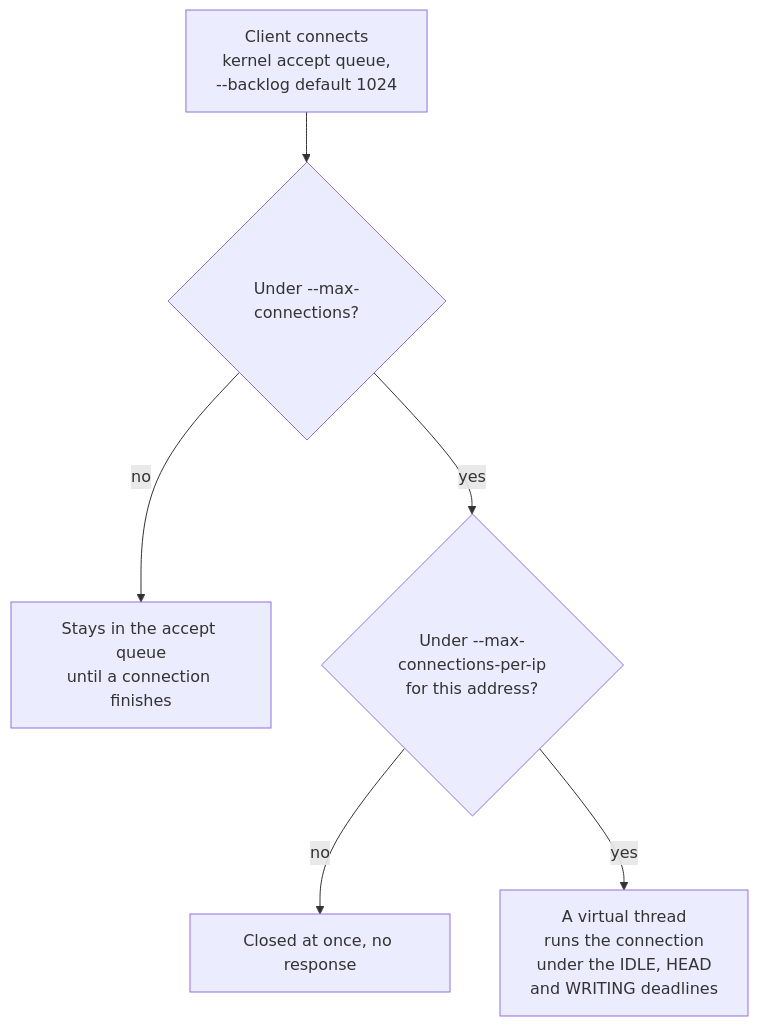
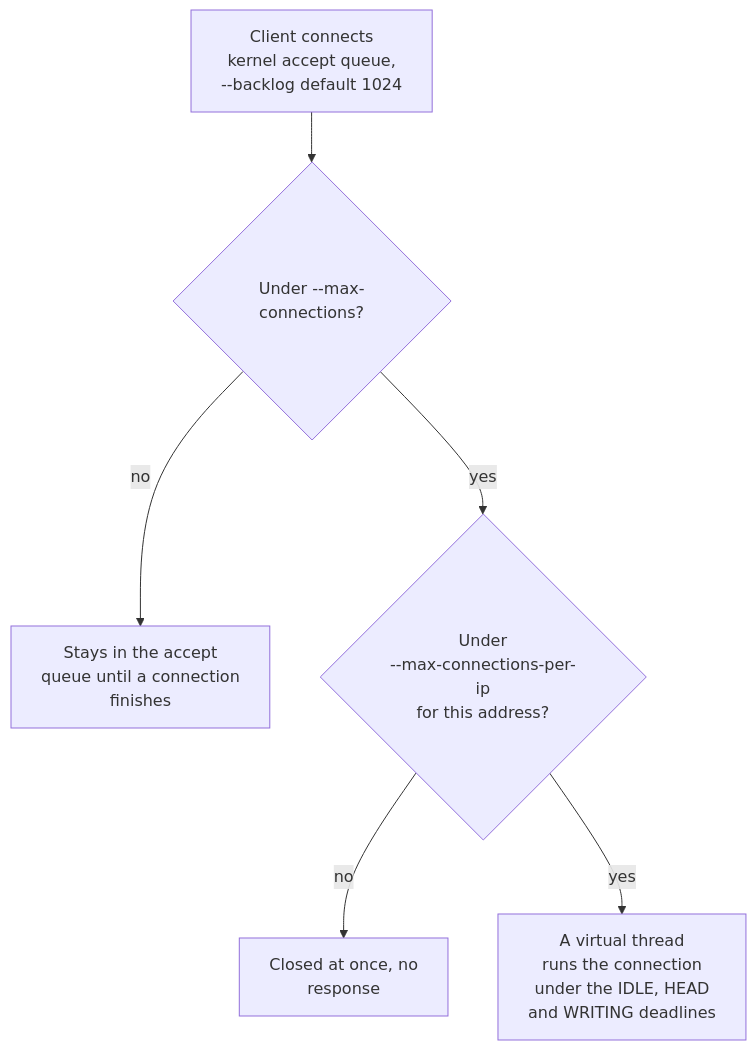
The second of 2 diagrams in docs/user/http1.md (BlivionIaG/sjws_nettask), drawn with Mermaid before and after one commit. The commit also changed other lines of this file and 19 other files, not shown here.

First line of the commit message:
docs: fix the diagrams the fact-check found imprecise

````diff
--- a/docs/user/http1.md
+++ b/docs/user/http1.md
@@ -50,8 +50,8 @@
 ```mermaid
 flowchart TD
     q["Client connects<br/>kernel accept queue,<br/>--backlog default 1024"] --> cap{"Under --max-connections?"}
-    cap -->|no| wait["Stays in the accept queue<br/>until a connection finishes"]
-    cap -->|yes| ip{"Under --max-connections-per-ip<br/>for this address?"}
-    ip -->|no| drop["Closed at once, no response"]
+    cap -->|no| wait["Stays in the accept<br/>queue until a connection<br/>finishes"]
+    cap -->|yes| ip{"Under<br/>--max-connections-per-ip<br/>for this address?"}
+    ip -->|no| drop["Closed at once, no<br/>response"]
     ip -->|yes| run["A virtual thread<br/>runs the connection<br/>under the IDLE, HEAD<br/>and WRITING deadlines"]
 ```
````
